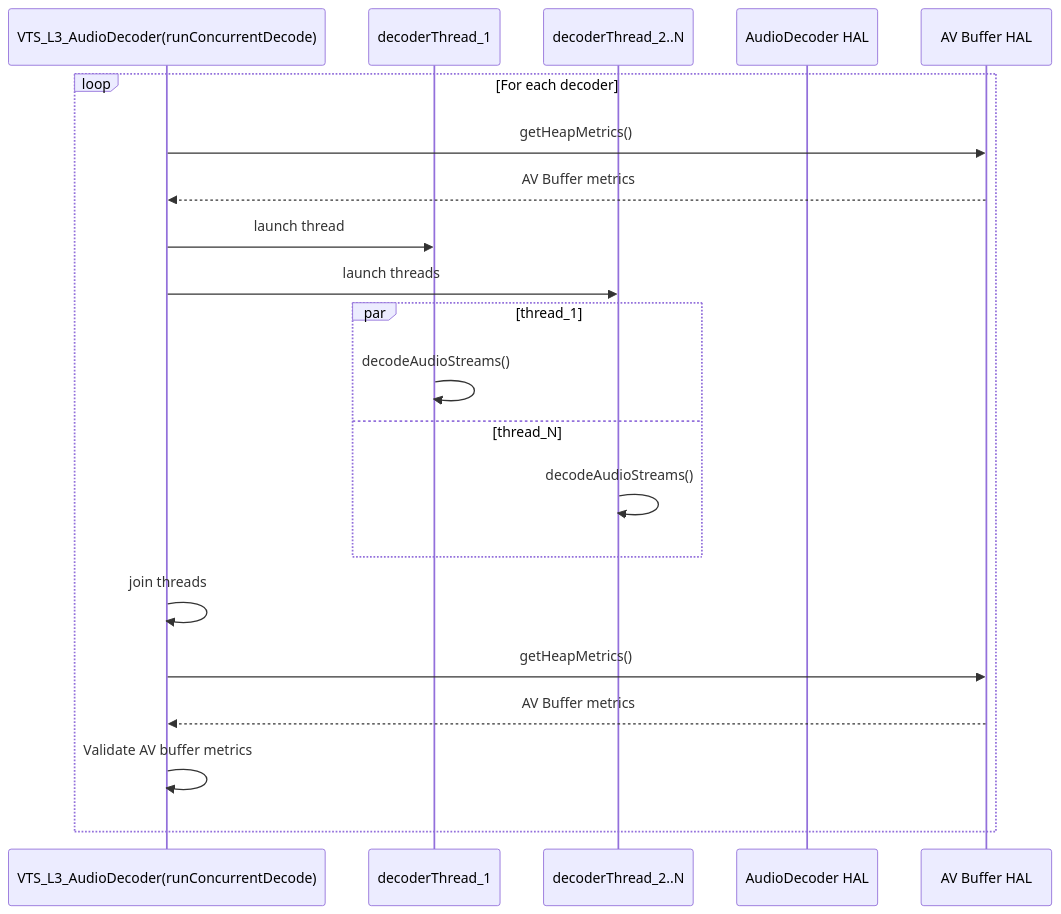
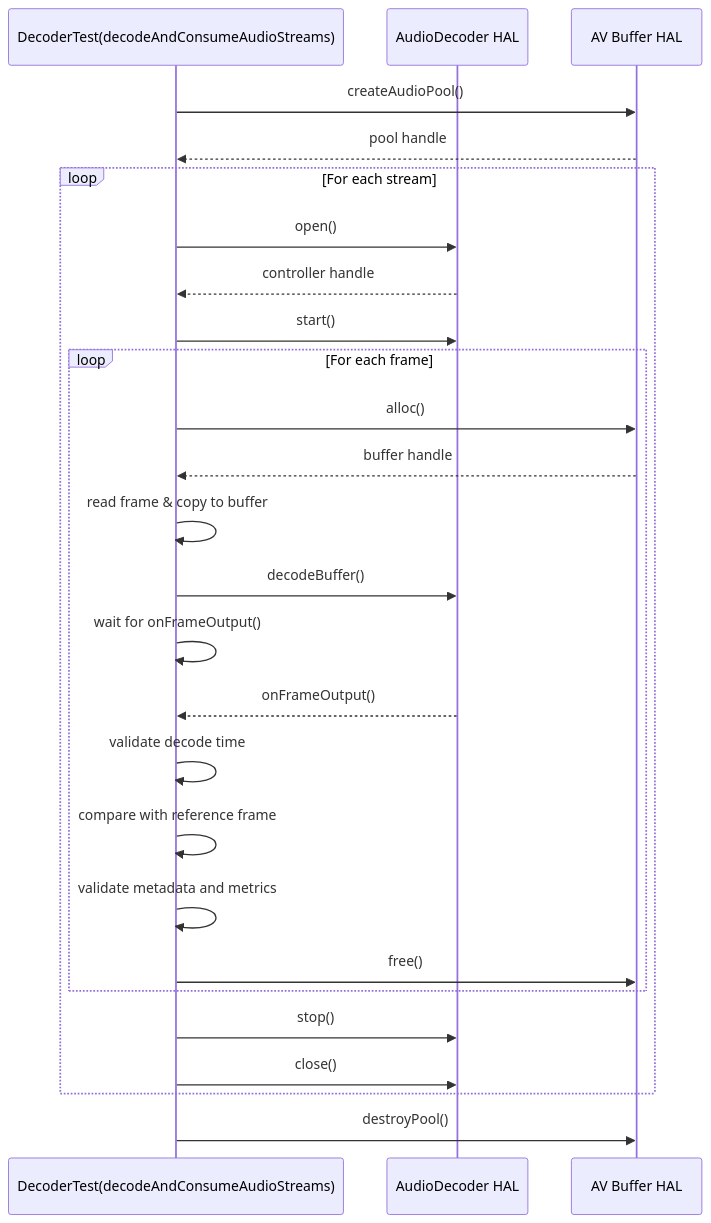
The eighth of 12 diagrams in docs/pages/audioDecoder_L3_Low-Level_TestSpecification.md (davidkoo-brcm/rdk-halif-aidl-test-audiodecoder), drawn with Mermaid before and after one commit. The commit also changed other lines of this file and 1 other file, not shown here.

````diff
--- a/docs/pages/audioDecoder_L3_Low-Level_TestSpecification.md
+++ b/docs/pages/audioDecoder_L3_Low-Level_TestSpecification.md
@@ -290,24 +344,29 @@
 ```mermaid
 sequenceDiagram
-  participant rundecoder as VTS_L3_AudioDecoder(runConcurrentDecode)
-  participant thread_1 as decoderThread_1
-  participant thread_N as decoderThread_2..N
-  participant HAL as AudioDecoder HAL
-  participant buffer as AV Buffer HAL
+  participant rundecoder as DecoderTest(decodeAndConsumeAudioStreams)
+  participant AudioDecoder HAL
+  participant AV Buffer HAL
 
-  loop For each decoder
-    rundecoder->>buffer : getHeapMetrics()
-    buffer -->> rundecoder: AV Buffer metrics
-    rundecoder->>thread_1: launch thread
-    rundecoder->>thread_N: launch threads
-    par thread_1
-      thread_1->>thread_1: decodeAudioStreams()
-    and thread_N
-      thread_N->>thread_N: decodeAudioStreams()
+  rundecoder->>AV Buffer HAL: createAudioPool()
+  AV Buffer HAL-->>rundecoder: pool handle
+  loop For each stream
+    rundecoder->>AudioDecoder HAL: open()
+    AudioDecoder HAL-->>rundecoder: controller handle
+    rundecoder->>AudioDecoder HAL: start()
+    loop For each frame
+      rundecoder->>AV Buffer HAL: alloc()
+      AV Buffer HAL-->>rundecoder: buffer handle
+      rundecoder->>rundecoder: read frame & copy to buffer
+      rundecoder->>AudioDecoder HAL: decodeBuffer()
+      rundecoder->>rundecoder: wait for onFrameOutput()
+      AudioDecoder HAL-->>rundecoder: onFrameOutput()
+      rundecoder->>rundecoder: validate decode time
+      rundecoder->>rundecoder: compare with reference frame
+      rundecoder->>rundecoder: validate metadata and metrics
+      rundecoder->>AV Buffer HAL: free()
     end
-    rundecoder->>rundecoder: join threads
-    rundecoder->>buffer : getHeapMetrics()
-    buffer -->> rundecoder: AV Buffer metrics
-    rundecoder->>rundecoder: Validate AV buffer metrics
+    rundecoder->>AudioDecoder HAL: stop()
+    rundecoder->>AudioDecoder HAL: close()
   end
+  rundecoder->>AV Buffer HAL: destroyPool()
 ```
````
